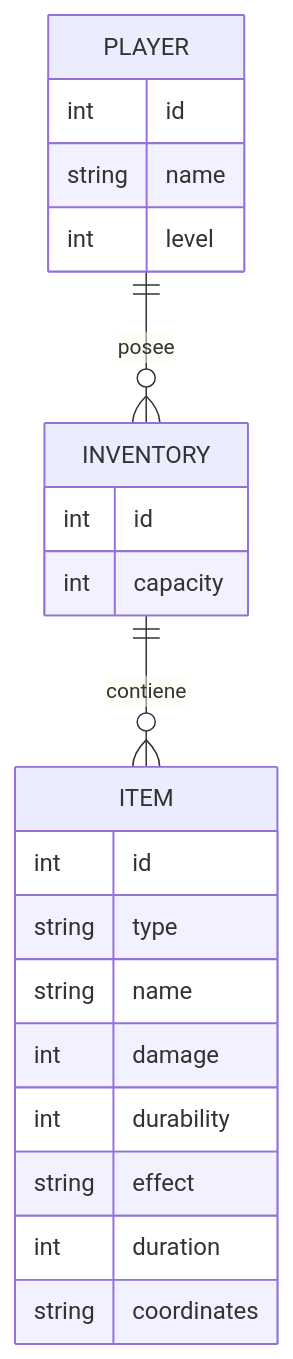
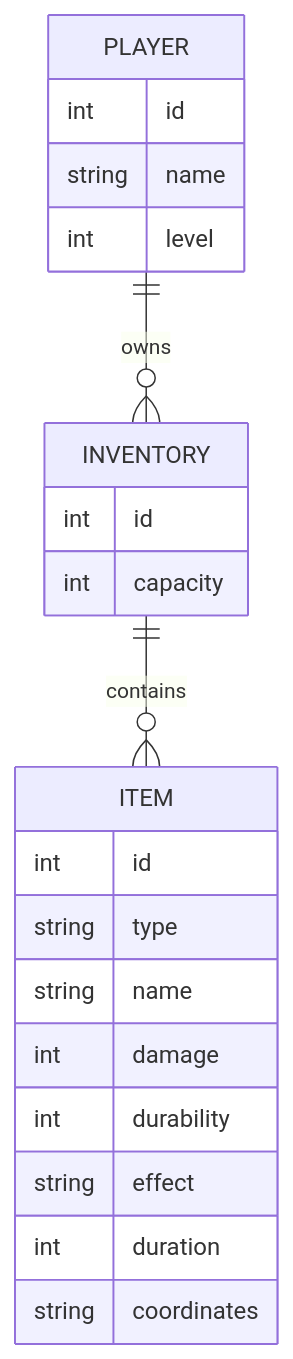
The diagram in project-root/docs/schema.md (Rosario-sanchez-marin/CBTis_47-RPG-Inventory-System), drawn with Mermaid before and after one commit. The commit also changed other lines of this file, not shown here.

````diff
--- a/project-root/docs/schema.md
+++ b/project-root/docs/schema.md
@@ -3,30 +3,30 @@
 ```mermaid
 ---
 title:RPG Inventory System 
 ---
 erDiagram
-    PLAYER ||--o{ INVENTORY : posee
-    INVENTORY ||--o{ ITEM : contiene
+    PLAYER ||--o{ INVENTORY : owns
+    INVENTORY ||--o{ ITEM : contains
 
     PLAYER {
         int id
         string name
         int level
     }
 
     INVENTORY {
         int id
         int capacity
     }
 
     ITEM {
         int id
         string type
         string name
         int damage
         int durability
         string effect
         int duration
         string coordinates
     }
 ```
````
